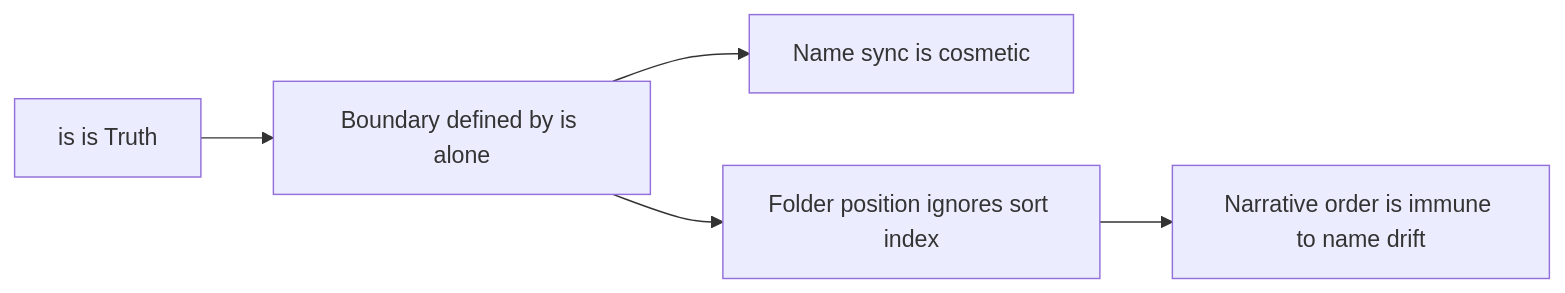
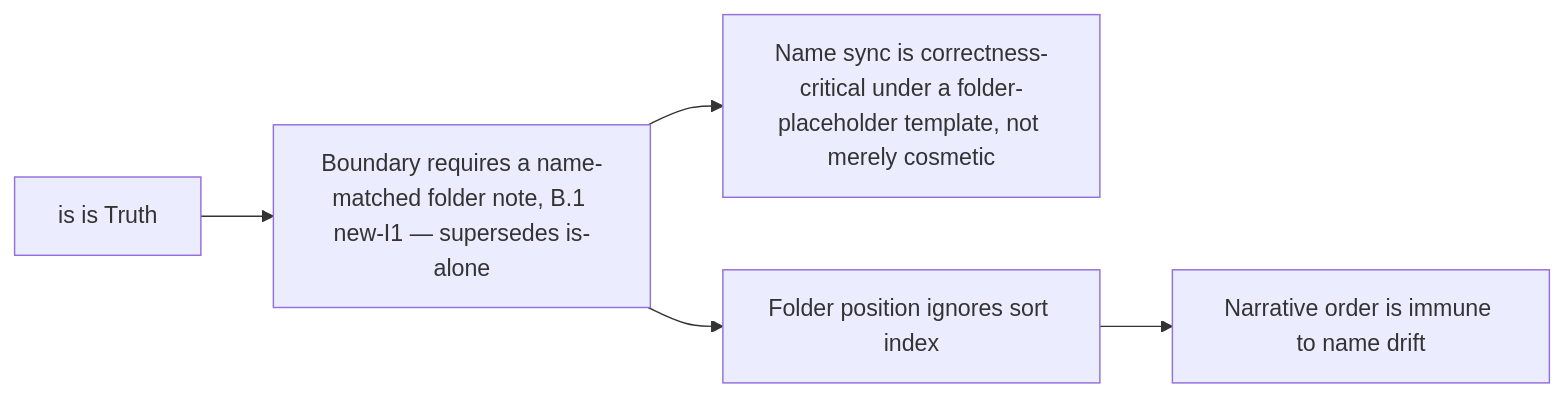
One commit to mlao-pdx/obsidian-plugin changed the third of 7 diagrams in docs/spec/appendix-b-notation-and-cross-cutting.md. Above: the diagram before and after it, drawn with Mermaid. The commit also changed other lines of this file and 19 other files, not shown here.

````diff
--- a/docs/spec/appendix-b-notation-and-cross-cutting.md
+++ b/docs/spec/appendix-b-notation-and-cross-cutting.md
@@ -90,10 +92,10 @@
 ```mermaid
 flowchart LR
     I1[is is Truth]
-    I2[Boundary defined by is alone]
-    I3[Name sync is cosmetic]
+    I2[Boundary requires a name-matched folder note, B.1 new-I1 — supersedes is-alone]
+    I3[Name sync is correctness-critical under a folder-placeholder template, not merely cosmetic]
     I4[Folder position ignores sort index]
     I5[Narrative order is immune to name drift]
     I1 --> I2 --> I3
     I2 --> I4 --> I5
 ```
````
